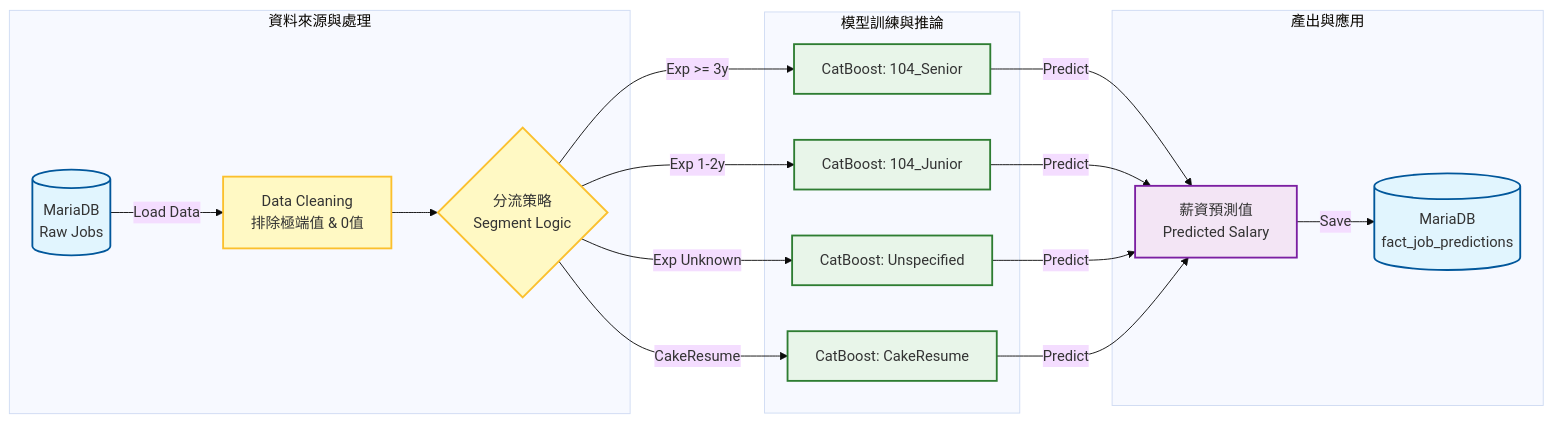
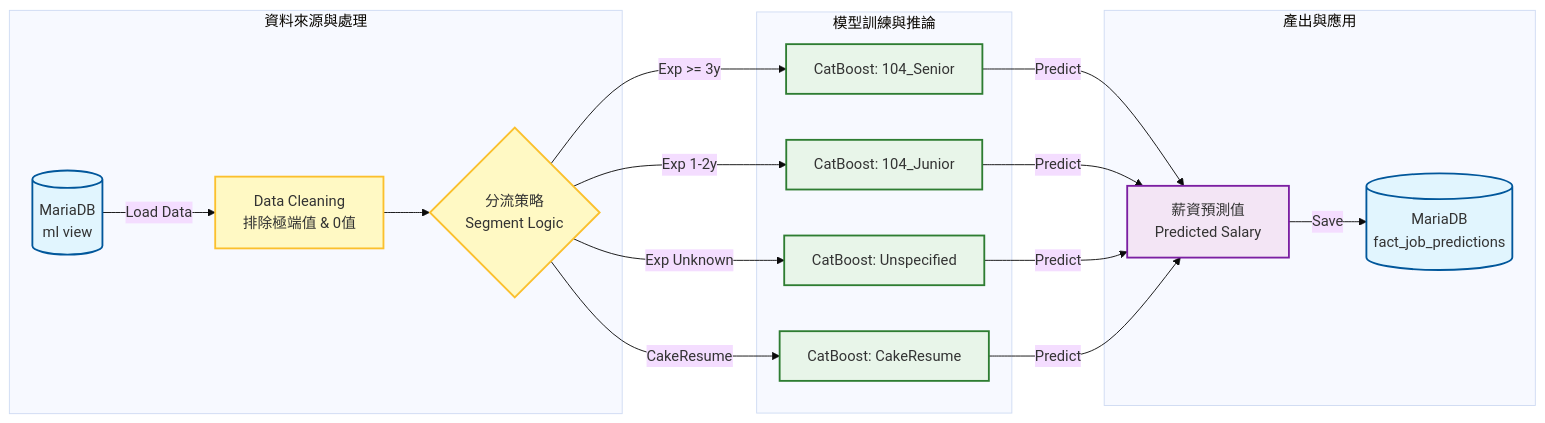
Before and after one commit to DataSideProject/WLS: the diagram in step3_machine_learning_pipeline/README.md, drawn with Mermaid (base theme).

````diff
--- a/step3_machine_learning_pipeline/README.md
+++ b/step3_machine_learning_pipeline/README.md
@@ -8,25 +8,25 @@
 ```mermaid
 graph LR
     %% 定義樣式
     classDef database fill:#e1f5fe,stroke:#01579b,stroke-width:2px;
     classDef process fill:#fff9c4,stroke:#fbc02d,stroke-width:2px;
     classDef model fill:#e8f5e9,stroke:#2e7d32,stroke-width:2px;
     classDef output fill:#f3e5f5,stroke:#7b1fa2,stroke-width:2px,shape:parallelogram;
 
     subgraph Data_Source [資料來源與處理]
-        RawDB[(MariaDB<br>Raw Jobs)]:::database -->|Load Data| Cleaner[Data Cleaning<br>排除極端值 & 0值]:::process
+        RawDB[(MariaDB<br>ml view)]:::database -->|Load Data| Cleaner[Data Cleaning<br>排除極端值 & 0值]:::process
         Cleaner --> Splitter{分流策略<br>Segment Logic}:::process
     end
 
     subgraph Modeling [模型訓練與推論]
         Splitter -->|Exp >= 3y| ModelA[CatBoost: 104_Senior]:::model
         Splitter -->|Exp 1-2y| ModelB[CatBoost: 104_Junior]:::model
         Splitter -->|Exp Unknown| ModelC[CatBoost: Unspecified]:::model
         Splitter -->|CakeResume| ModelD[CatBoost: CakeResume]:::model
     end
 
     subgraph Production [產出與應用]
         ModelA & ModelB & ModelC & ModelD -->|Predict| Result[薪資預測值<br>Predicted Salary]:::output
         Result -->|Save| FactDB[(MariaDB<br>fact_job_predictions)]:::database
     end
 ```
````
